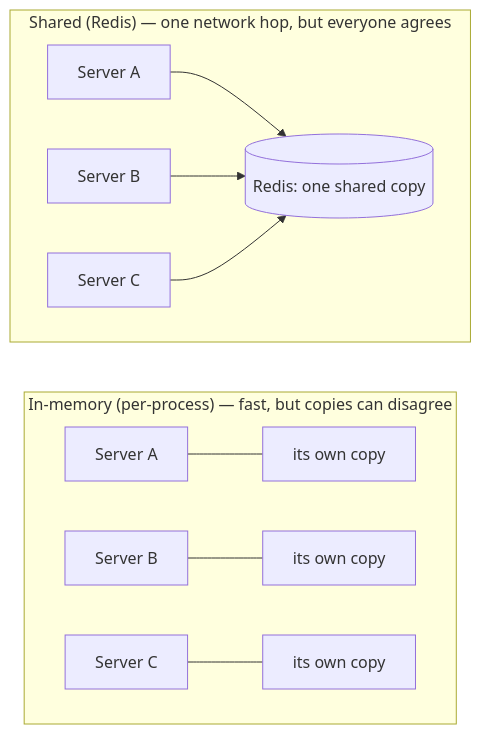
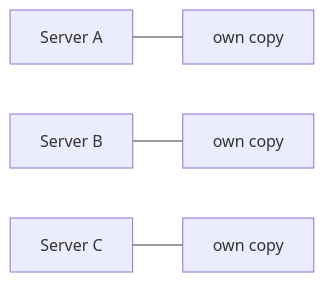
One commit to Topurrra/themissingmanual changed the second of 3 diagrams in guides/caching-explained/02-where-caches-live.md. Above: the diagram before and after it, drawn with Mermaid. The commit also changed other lines of this file and 15 other files, not shown here.

Commit message:
fixed mermaid diagrams

````diff
--- a/guides/caching-explained/02-where-caches-live.md
+++ b/guides/caching-explained/02-where-caches-live.md
@@ -66,15 +61,6 @@
 ```mermaid
 flowchart LR
-  subgraph InMem["In-memory (per-process) — fast, but copies can disagree"]
-    direction LR
-    SA[Server A] --- CA[its own copy]
-    SB[Server B] --- CB[its own copy]
-    SC[Server C] --- CC[its own copy]
-  end
-  subgraph Shared["Shared (Redis) — one network hop, but everyone agrees"]
-    direction LR
-    RA[Server A] --> Redis[(Redis: one shared copy)]
-    RB[Server B] --> Redis
-    RC[Server C] --> Redis
-  end
+  SA[Server A] --- CA[own copy]
+  SB[Server B] --- CB[own copy]
+  SC[Server C] --- CC[own copy]
 ```
````
